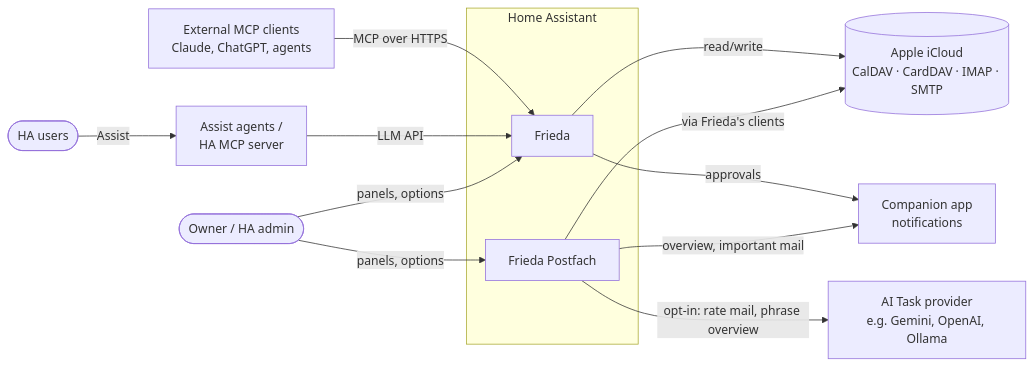
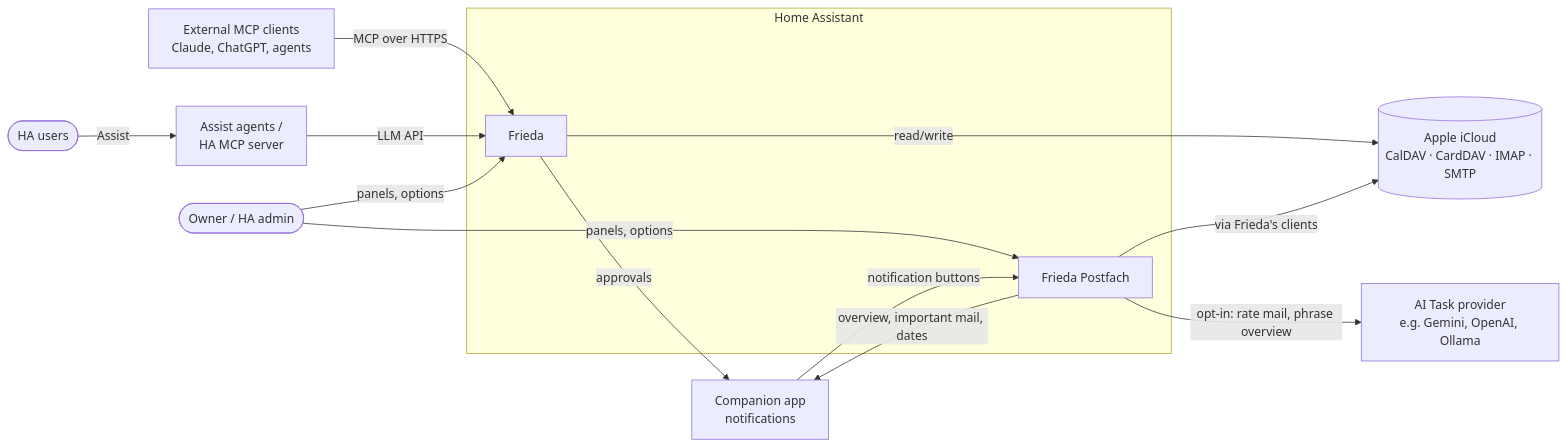
One commit to nadeo360/friedafetch changed the first of 7 diagrams in docs/architecture.md. Above: the diagram before and after it, drawn with Mermaid. The commit also changed other lines of this file and 1 other file, not shown here.

First line of the commit message:
arc42: brought up to Frieda 2.0.23 / Frieda Postfach 1.0.31

````diff
--- a/docs/architecture.md
+++ b/docs/architecture.md
@@ -75,24 +80,25 @@
 ```mermaid
 flowchart LR
   owner([Owner / HA admin])
   users([HA users])
   ext[External MCP clients<br/>Claude, ChatGPT, agents]
   assist[Assist agents /<br/>HA MCP server]
   ai[AI Task provider<br/>e.g. Gemini, OpenAI, Ollama]
   icloud[(Apple iCloud<br/>CalDAV · CardDAV · IMAP · SMTP)]
   phone[Companion app<br/>notifications]
   subgraph HA[Home Assistant]
     frieda[Frieda]
     postfach[Frieda Postfach]
   end
   ext -- MCP over HTTPS --> frieda
   assist -- LLM API --> frieda
   users -- Assist --> assist
   owner -- panels, options --> frieda
   owner -- panels, options --> postfach
   frieda -- read/write --> icloud
   postfach -- via Frieda's clients --> icloud
   postfach -- opt-in: rate mail, phrase overview --> ai
   frieda -- approvals --> phone
-  postfach -- overview, important mail --> phone
+  postfach -- overview, important mail, dates --> phone
+  phone -- notification buttons --> postfach
 ```
````
